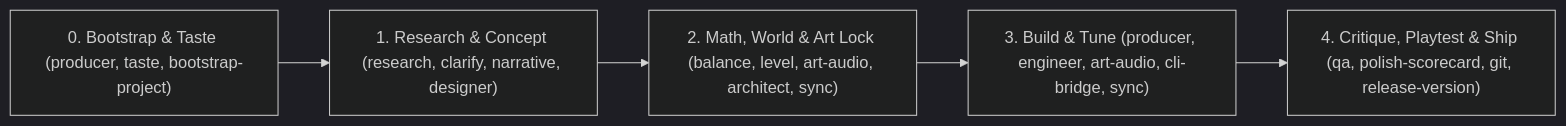
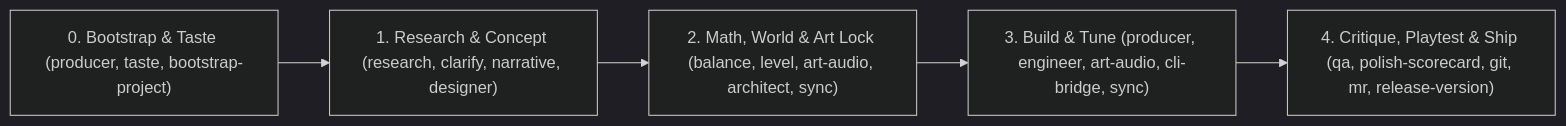
The diagram in .agent/skills/README.md (qthan1004/games-studio-workspace), drawn with Mermaid (dark theme) before and after one commit. The commit also changed other lines of this file and 8 other files, not shown here.

````diff
--- a/.agent/skills/README.md
+++ b/.agent/skills/README.md
@@ -21,7 +21,7 @@
 ```mermaid
 flowchart LR
     P0["0. Bootstrap & Taste (producer, taste, bootstrap-project)"] --> P1["1. Research & Concept (research, clarify, narrative, designer)"]
     P1 --> P2["2. Math, World & Art Lock (balance, level, art-audio, architect, sync)"]
     P2 --> P3["3. Build & Tune (producer, engineer, art-audio, cli-bridge, sync)"]
-    P3 --> P4["4. Critique, Playtest & Ship (qa, polish-scorecard, git, release-version)"]
+    P3 --> P4["4. Critique, Playtest & Ship (qa, polish-scorecard, git, mr, release-version)"]
 ```
````
